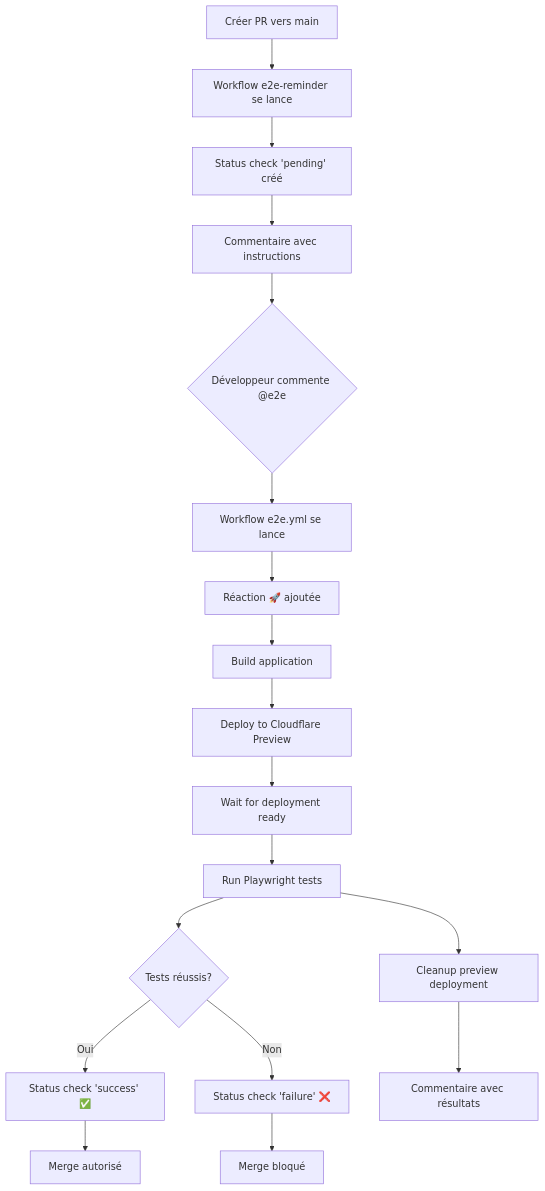
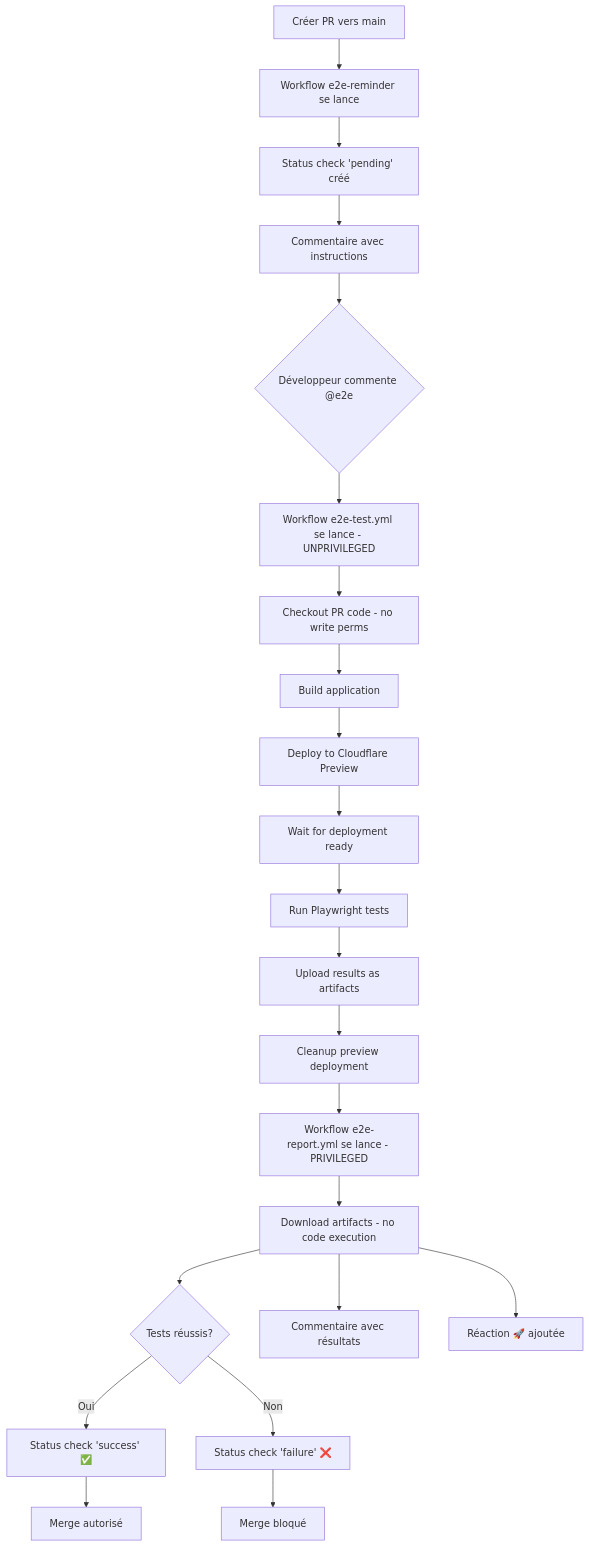
One commit to sebc-dev/website changed the diagram in docs/deployment/e2e-preview-deployments-implementation.md. Above: the diagram before and after it, drawn with Mermaid. The commit also changed other lines of this file and 4 other files, not shown here.

First line of the commit message:
🔒 security(workflows): implement two-workflow pattern for E2E tests

````diff
--- a/docs/deployment/e2e-preview-deployments-implementation.md
+++ b/docs/deployment/e2e-preview-deployments-implementation.md
@@ -47,20 +60,24 @@
 ```mermaid
 graph TD
     A[Créer PR vers main] --> B[Workflow e2e-reminder se lance]
     B --> C[Status check 'pending' créé]
     C --> D[Commentaire avec instructions]
     D --> E{Développeur commente @e2e}
-    E --> F[Workflow e2e.yml se lance]
-    F --> G[Réaction 🚀 ajoutée]
+    E --> F[Workflow e2e-test.yml se lance - UNPRIVILEGED]
+    F --> G[Checkout PR code - no write perms]
     G --> H[Build application]
     H --> I[Deploy to Cloudflare Preview]
     I --> J[Wait for deployment ready]
     J --> K[Run Playwright tests]
-    K --> L{Tests réussis?}
-    L -->|Oui| M[Status check 'success' ✅]
-    L -->|Non| N[Status check 'failure' ❌]
-    M --> O[Merge autorisé]
-    N --> P[Merge bloqué]
-    K --> Q[Cleanup preview deployment]
-    Q --> R[Commentaire avec résultats]
+    K --> L[Upload results as artifacts]
+    L --> M[Cleanup preview deployment]
+    M --> N[Workflow e2e-report.yml se lance - PRIVILEGED]
+    N --> O[Download artifacts - no code execution]
+    O --> P{Tests réussis?}
+    P -->|Oui| Q[Status check 'success' ✅]
+    P -->|Non| R[Status check 'failure' ❌]
+    Q --> S[Merge autorisé]
+    R --> T[Merge bloqué]
+    O --> U[Commentaire avec résultats]
+    O --> V[Réaction 🚀 ajoutée]
 ```
````
